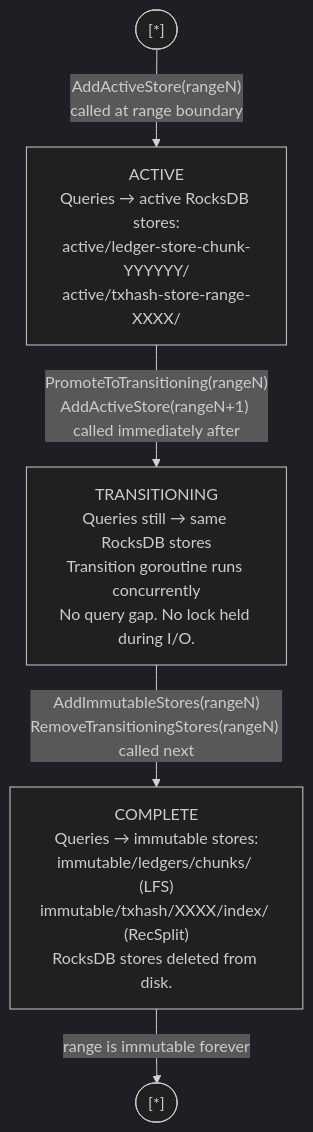
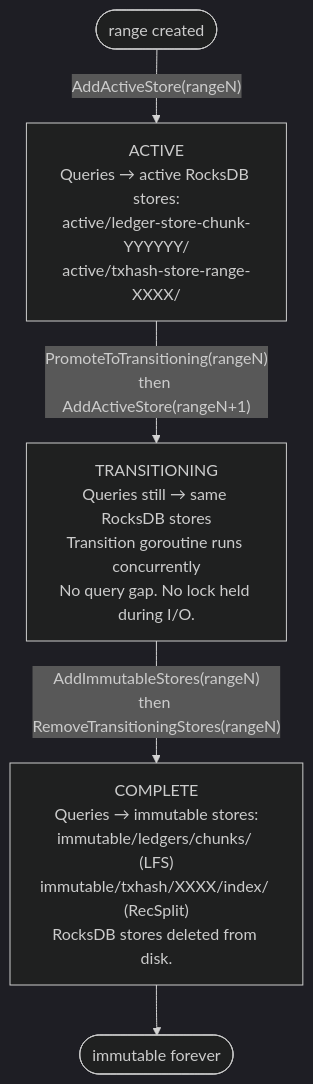
One commit to karthikiyer56/stellar-full-history-ingestion changed the first of 7 diagrams in design-docs-v2/08-query-routing.md. Above: the diagram before and after it, drawn with Mermaid (dark theme).

Commit message:
fix: remove [*] from flowchart stadium nodes — use plain labels instead

````diff
--- a/design-docs-v2/08-query-routing.md
+++ b/design-docs-v2/08-query-routing.md
@@ -377,13 +377,13 @@
 ```mermaid
 flowchart TD
-    START(["[*]"])
+    START(["range created"])
     ACTIVE["ACTIVE<br/>Queries → active RocksDB stores:<br/>active/ledger-store-chunk-YYYYYY/<br/>active/txhash-store-range-XXXX/"]
     TRANSITIONING["TRANSITIONING<br/>Queries still → same RocksDB stores<br/>Transition goroutine runs concurrently<br/>No query gap. No lock held during I/O."]
     COMPLETE["COMPLETE<br/>Queries → immutable stores:<br/>immutable/ledgers/chunks/ (LFS)<br/>immutable/txhash/XXXX/index/ (RecSplit)<br/>RocksDB stores deleted from disk."]
-    END(["[*]"])
+    END(["immutable forever"])
 
-    START -->|"AddActiveStore(rangeN)<br/>called at range boundary"| ACTIVE
-    ACTIVE -->|"PromoteToTransitioning(rangeN)<br/>AddActiveStore(rangeN+1) called immediately after"| TRANSITIONING
-    TRANSITIONING -->|"AddImmutableStores(rangeN)<br/>RemoveTransitioningStores(rangeN) called next"| COMPLETE
-    COMPLETE -->|"range is immutable forever"| END
+    START -->|"AddActiveStore(rangeN)"| ACTIVE
+    ACTIVE -->|"PromoteToTransitioning(rangeN)<br/>then AddActiveStore(rangeN+1)"| TRANSITIONING
+    TRANSITIONING -->|"AddImmutableStores(rangeN)<br/>then RemoveTransitioningStores(rangeN)"| COMPLETE
+    COMPLETE --> END
 ```
````
